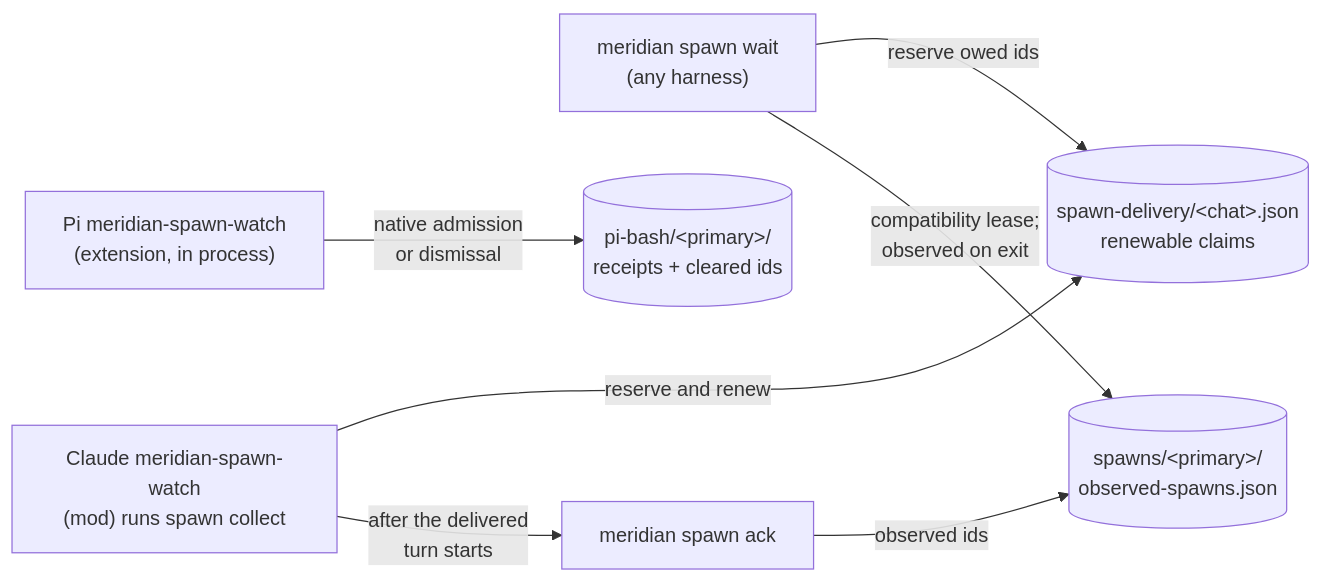
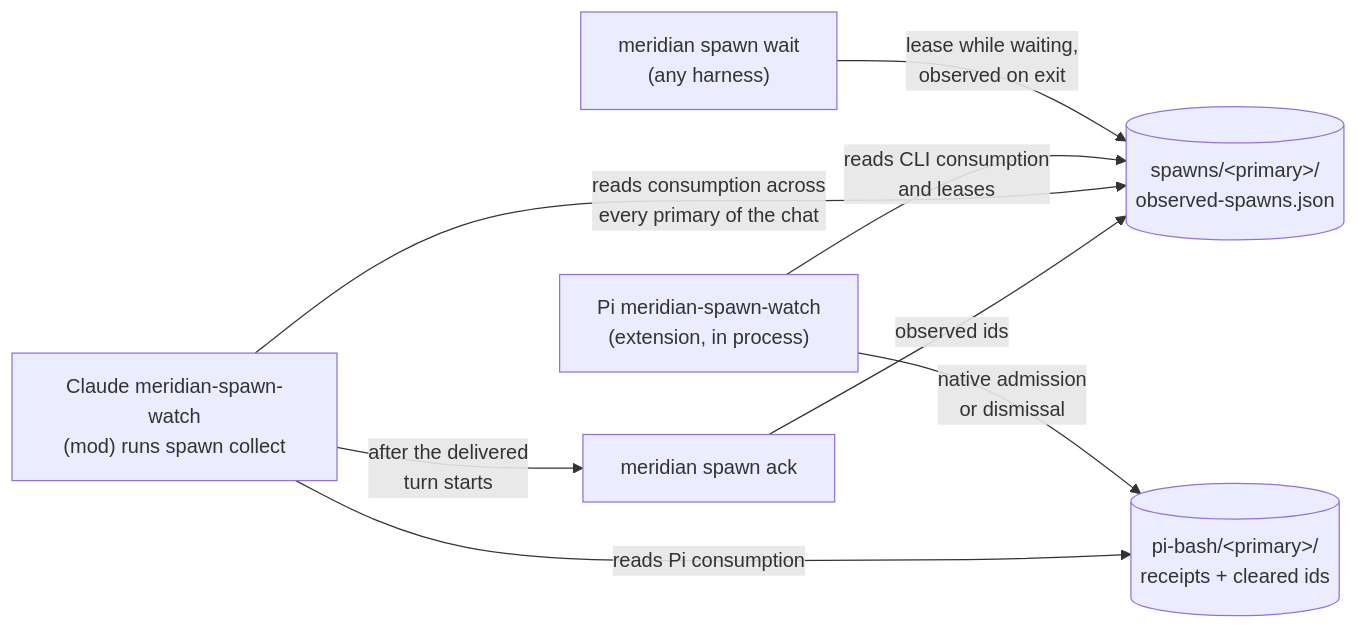
Before and after one commit to haowjy/meridian-cli-kb: the first of 2 diagrams in kb/concepts/child-result-delivery.md, drawn with Mermaid. The commit also changed other lines of this file and 4 other files, not shown here.

Commit message:
kb: remove dropped owed-delivery claims

````diff
--- a/kb/concepts/child-result-delivery.md
+++ b/kb/concepts/child-result-delivery.md
@@ -15,16 +15,16 @@
 ```mermaid
 flowchart LR
     W["meridian spawn wait<br/>(any harness)"]
     P["Pi meridian-spawn-watch<br/>(extension, in process)"]
     C["Claude meridian-spawn-watch<br/>(mod) runs spawn collect"]
     A["meridian spawn ack"]
     O[("spawns/&lt;primary&gt;/<br/>observed-spawns.json")]
     R[("pi-bash/&lt;primary&gt;/<br/>receipts + cleared ids")]
-    Q[("spawn-delivery/&lt;chat&gt;.json<br/>renewable claims")]
-    W -- "reserve owed ids" --> Q
-    C -- "reserve and renew" --> Q
-    W -- "compatibility lease;<br/>observed on exit" --> O
+    W -- "lease while waiting,<br/>observed on exit" --> O
+    P -- "reads CLI consumption<br/>and leases" --> O
     P -- "native admission<br/>or dismissal" --> R
+    C -- "reads consumption across<br/>every primary of the chat" --> O
+    C -- "reads Pi consumption" --> R
     C -- "after the delivered<br/>turn starts" --> A
     A -- "observed ids" --> O
 ```
````
